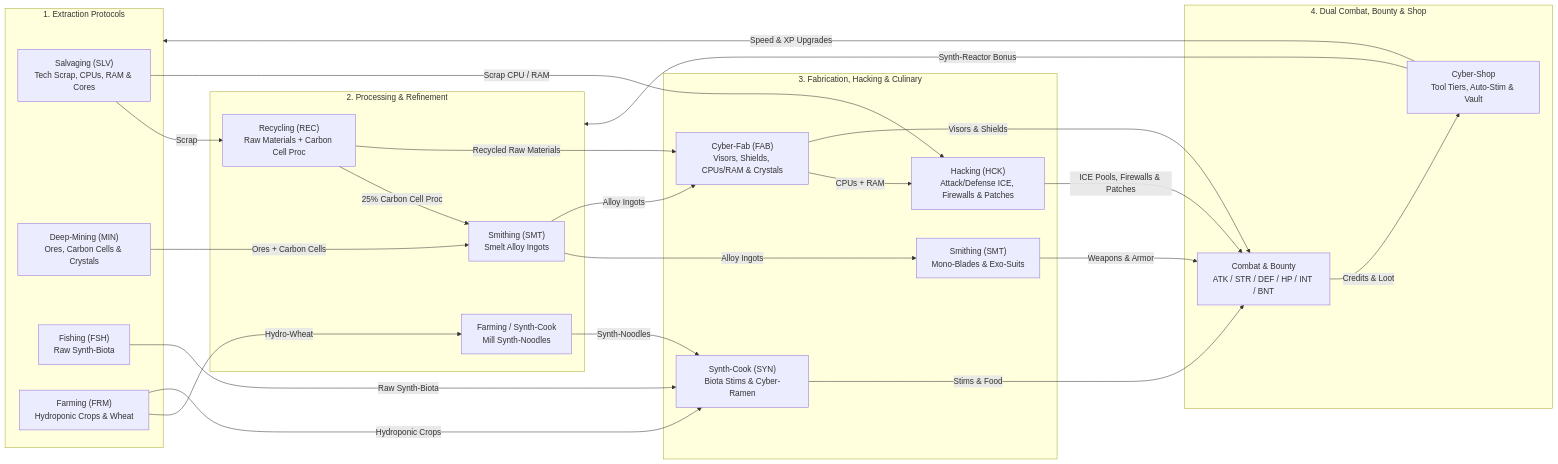
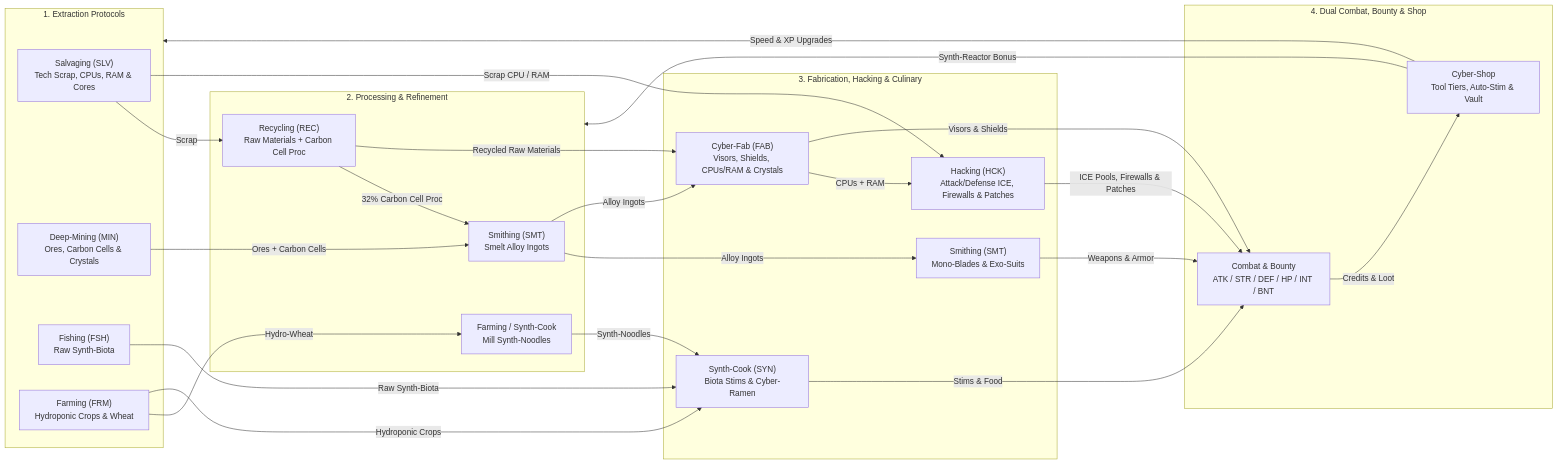
The diagram in docs/README.md (Mizux/routineverse), drawn with Mermaid before and after one commit. The commit also changed other lines of this file and 4 other files, not shown here.

````diff
--- a/docs/README.md
+++ b/docs/README.md
@@ -17,50 +17,50 @@
 ```mermaid
 flowchart LR
   subgraph Extraction["1. Extraction Protocols"]
     SLV["Salvaging (SLV)<br/>Tech Scrap, CPUs, RAM & Cores"]
     MIN["Deep-Mining (MIN)<br/>Ores, Carbon Cells & Crystals"]
     BIO["Fishing (FSH)<br/>Raw Synth-Biota"]
     FRM["Farming (FRM)<br/>Hydroponic Crops & Wheat"]
   end
 
   subgraph Processing["2. Processing & Refinement"]
     REC["Recycling (REC)<br/>Raw Materials + Carbon Cell Proc"]
     SMT_BAR["Smithing (SMT)<br/>Smelt Alloy Ingots"]
     NOODLE["Farming / Synth-Cook<br/>Mill Synth-Noodles"]
   end
 
   subgraph Fabrication["3. Fabrication, Hacking & Culinary"]
     SMT_GEAR["Smithing (SMT)<br/>Mono-Blades & Exo-Suits"]
     FAB["Cyber-Fab (FAB)<br/>Visors, Shields, CPUs/RAM & Crystals"]
     HCK["Hacking (HCK)<br/>Attack/Defense ICE, Firewalls & Patches"]
     COOK["Synth-Cook (SYN)<br/>Biota Stims & Cyber-Ramen"]
   end
 
   subgraph Arena["4. Dual Combat, Bounty & Shop"]
     CMB["Combat & Bounty<br/>ATK / STR / DEF / HP / INT / BNT"]
     SHOP["Cyber-Shop<br/>Tool Tiers, Auto-Stim & Vault"]
   end
 
   SLV -->|"Scrap"| REC
   SLV -->|"Scrap CPU / RAM"| HCK
-  REC -->|"25% Carbon Cell Proc"| SMT_BAR
+  REC -->|"32% Carbon Cell Proc"| SMT_BAR
   MIN -->|"Ores + Carbon Cells"| SMT_BAR
   SMT_BAR -->|"Alloy Ingots"| SMT_GEAR
   SMT_BAR -->|"Alloy Ingots"| FAB
   REC -->|"Recycled Raw Materials"| FAB
   FAB -->|"CPUs + RAM"| HCK
 
   FRM -->|"Hydro-Wheat"| NOODLE
   NOODLE -->|"Synth-Noodles"| COOK
   FRM -->|"Hydroponic Crops"| COOK
   BIO -->|"Raw Synth-Biota"| COOK
 
   SMT_GEAR -->|"Weapons & Armor"| CMB
   FAB -->|"Visors & Shields"| CMB
   HCK -->|"ICE Pools, Firewalls & Patches"| CMB
   COOK -->|"Stims & Food"| CMB
 
   CMB -->|"Credits & Loot"| SHOP
   SHOP -->|"Speed & XP Upgrades"| Extraction
   SHOP -->|"Synth-Reactor Bonus"| Processing
 ```
````
